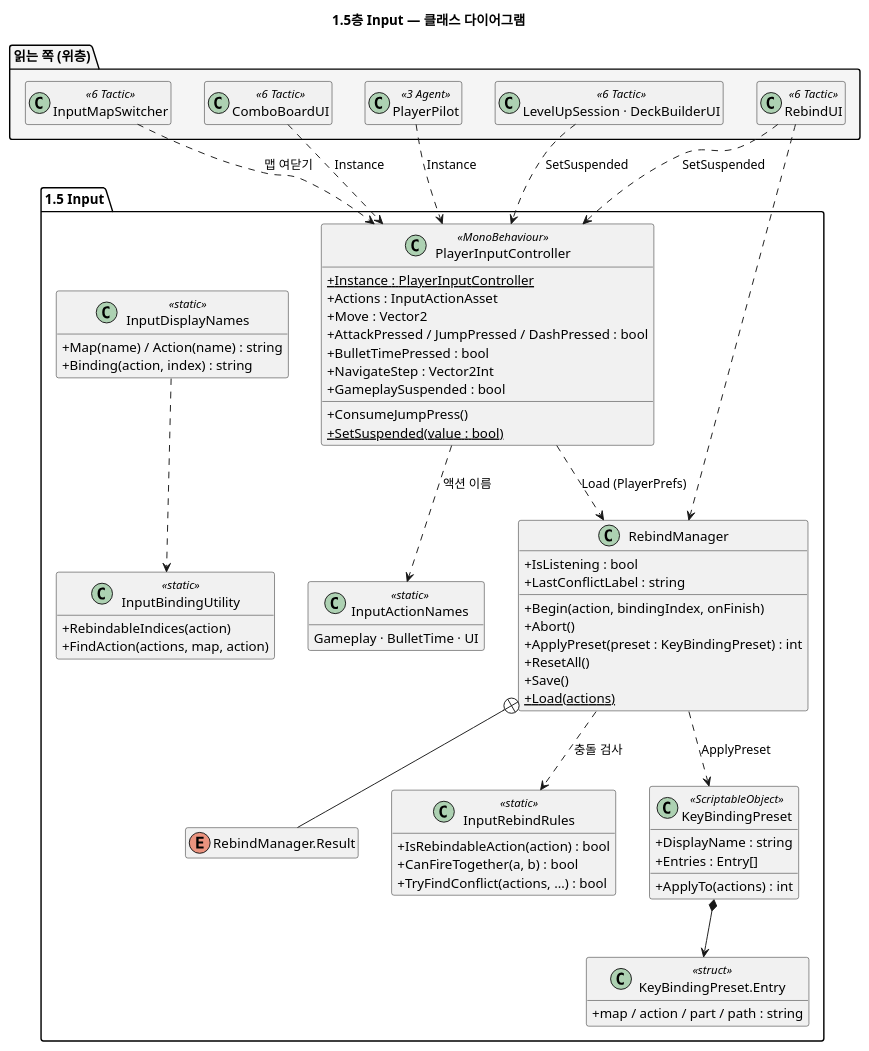
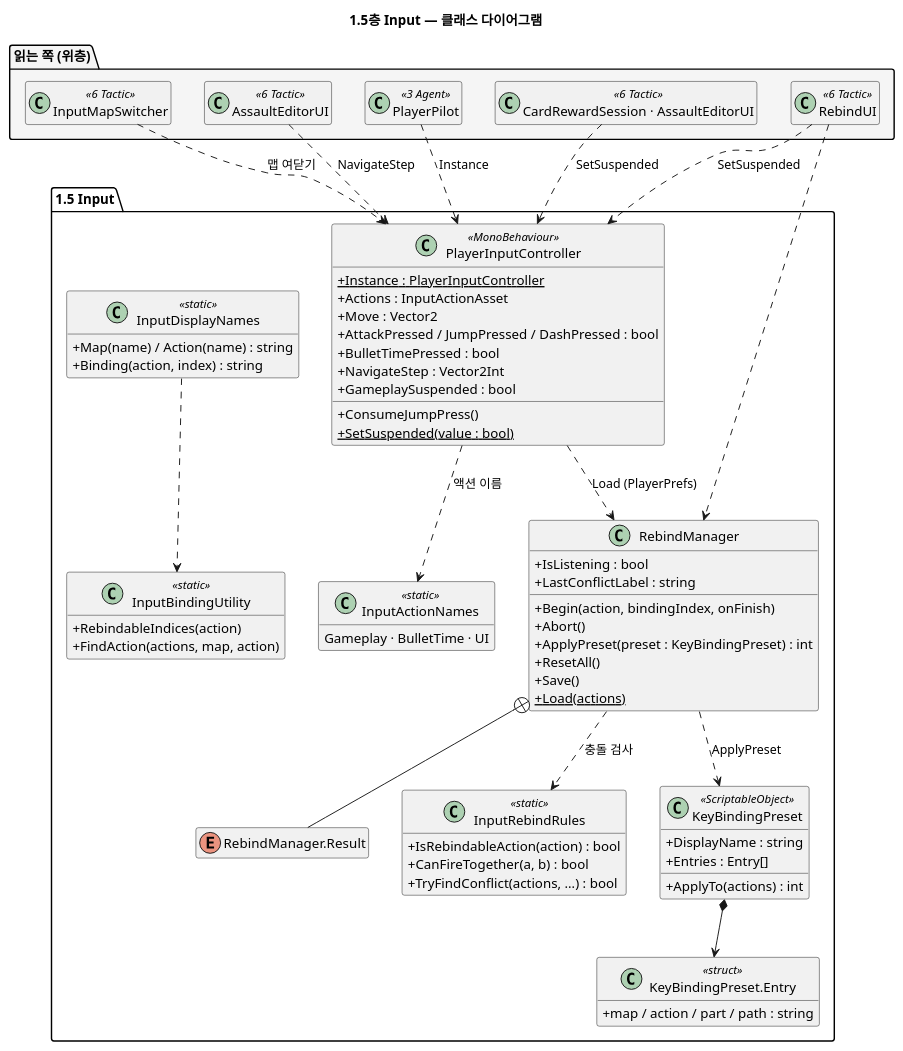
Before and after one commit to jukanmi/Prototype: the diagram in docs/uml/03-Input.puml, drawn with PlantUML. The commit also changed 193 other files, not shown here.

```diff
--- a/docs/uml/03-Input.puml
+++ b/docs/uml/03-Input.puml
@@ -1,81 +1,81 @@
 @startuml 03-Input
 ' 1.5층 Input — 장치 입력. 게임 규칙을 모른다 (Kernel · Actor만 참조).
 ' 디바이스(Keyboard.current 등)를 만지는 곳은 이 폴더뿐이다 — InputSourceTests가 막는다.
 title 1.5층 Input — 클래스 다이어그램
 
 set separator none
 skinparam shadowing false
 skinparam classAttributeIconSize 0
 hide empty members
 
 package "1.5 Input" {
   class PlayerInputController <<MonoBehaviour>> {
     + {static} Instance : PlayerInputController
     + Actions : InputActionAsset
     + Move : Vector2
     + AttackPressed / JumpPressed / DashPressed : bool
     + BulletTimePressed : bool
     + NavigateStep : Vector2Int
     + GameplaySuspended : bool
     + ConsumeJumpPress()
     + {static} SetSuspended(value : bool)
   }
   class RebindManager {
     + IsListening : bool
     + LastConflictLabel : string
     + Begin(action, bindingIndex, onFinish)
     + Abort()
     + ApplyPreset(preset : KeyBindingPreset) : int
     + ResetAll()
     + Save()
     + {static} Load(actions)
   }
   enum "RebindManager.Result" as RebindResult
   class InputRebindRules <<static>> {
     + IsRebindableAction(action) : bool
     + CanFireTogether(a, b) : bool
     + TryFindConflict(actions, …) : bool
   }
   class KeyBindingPreset <<ScriptableObject>> {
     + DisplayName : string
     + Entries : Entry[]
     + ApplyTo(actions) : int
   }
   class "KeyBindingPreset.Entry" as PresetEntry <<struct>> {
     + map / action / part / path : string
   }
   class InputActionNames <<static>> {
     Gameplay · BulletTime · UI
   }
   class InputDisplayNames <<static>> {
     + Map(name) / Action(name) : string
     + Binding(action, index) : string
   }
   class InputBindingUtility <<static>> {
     + RebindableIndices(action)
     + FindAction(actions, map, action)
   }
 }
 
 PlayerInputController ..> InputActionNames : 액션 이름
 PlayerInputController ..> RebindManager : Load (PlayerPrefs)
 RebindManager ..> InputRebindRules : 충돌 검사
 RebindManager ..> KeyBindingPreset : ApplyPreset
 RebindManager +-- RebindResult
 KeyBindingPreset *--> PresetEntry
 InputDisplayNames ..> InputBindingUtility
 
 package "읽는 쪽 (위층)" #F5F5F5 {
   class "PlayerPilot" as Pilot <<3 Agent>>
   class "InputMapSwitcher" as Switcher <<6 Tactic>>
-  class "ComboBoardUI" as TacticUI <<6 Tactic>>
+  class "AssaultEditorUI" as TacticUI <<6 Tactic>>
   class "RebindUI" as RebindUI <<6 Tactic>>
-  class "LevelUpSession · DeckBuilderUI" as ModalUI <<6 Tactic>>
+  class "CardRewardSession · AssaultEditorUI" as ModalUI <<6 Tactic>>
 }
 Pilot ..> PlayerInputController : Instance
 Switcher ..> PlayerInputController : 맵 여닫기
-TacticUI ..> PlayerInputController : Instance
+TacticUI ..> PlayerInputController : NavigateStep
 RebindUI ..> RebindManager
 RebindUI ..> PlayerInputController : SetSuspended
 ModalUI ..> PlayerInputController : SetSuspended
 @enduml
```
